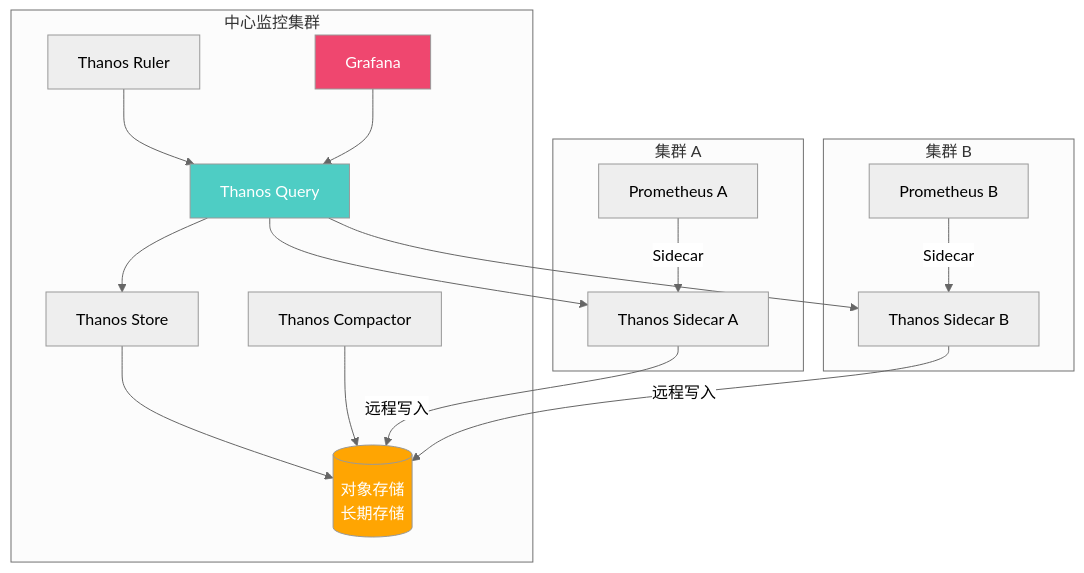
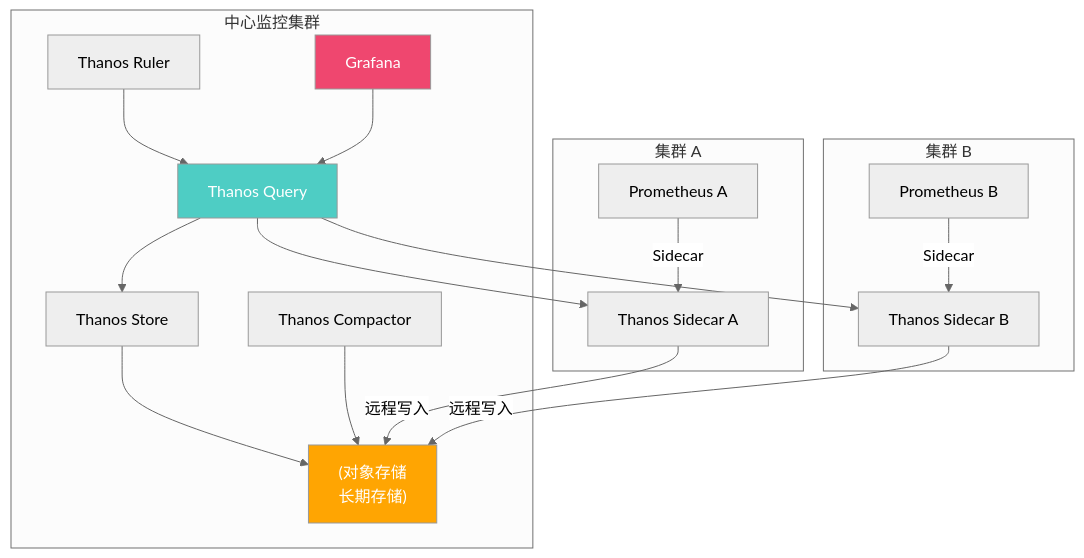
Before and after one commit to moklgydocs/moklgydocs.github.io: the tenth of 11 diagrams in src/运维与部署/Docker_K8s/07_Kubernetes生产实战/04_多集群与混合云.md, drawn with Mermaid (neutral theme). The commit also changed other lines of this file and 178 other files, not shown here.

First line of the commit message:
fix: 修复 mermaid 图表语法错误 - 为含 <br/> 的标签添加引号、修复未闭合引号

````diff
--- a/src/运维与部署/Docker_K8s/07_Kubernetes生产实战/04_多集群与混合云.md
+++ b/src/运维与部署/Docker_K8s/07_Kubernetes生产实战/04_多集群与混合云.md
@@ -1059,27 +1059,27 @@
 ```mermaid
 graph TB
     subgraph "集群 A"
         PA[Prometheus A] -->|Sidecar| TA[Thanos Sidecar A]
     end
 
     subgraph "集群 B"
         PB[Prometheus B] -->|Sidecar| TB[Thanos Sidecar B]
     end
 
     subgraph "中心监控集群"
         TQ[Thanos Query] --> TA
         TQ --> TB
         TQ --> TS[Thanos Store]
-        TS --> S3[(对象存储<br/>长期存储)]
+        TS --> S3["(对象存储<br/>长期存储)"]
         TC[Thanos Compactor] --> S3
         TR[Thanos Ruler] --> TQ
         GRAFANA[Grafana] --> TQ
     end
 
     TA -->|远程写入| S3
     TB -->|远程写入| S3
 
     style TQ fill:#4ecdc4,color:#fff
     style S3 fill:#ffa502,color:#fff
     style GRAFANA fill:#ef476f,color:#fff
 ```
````
